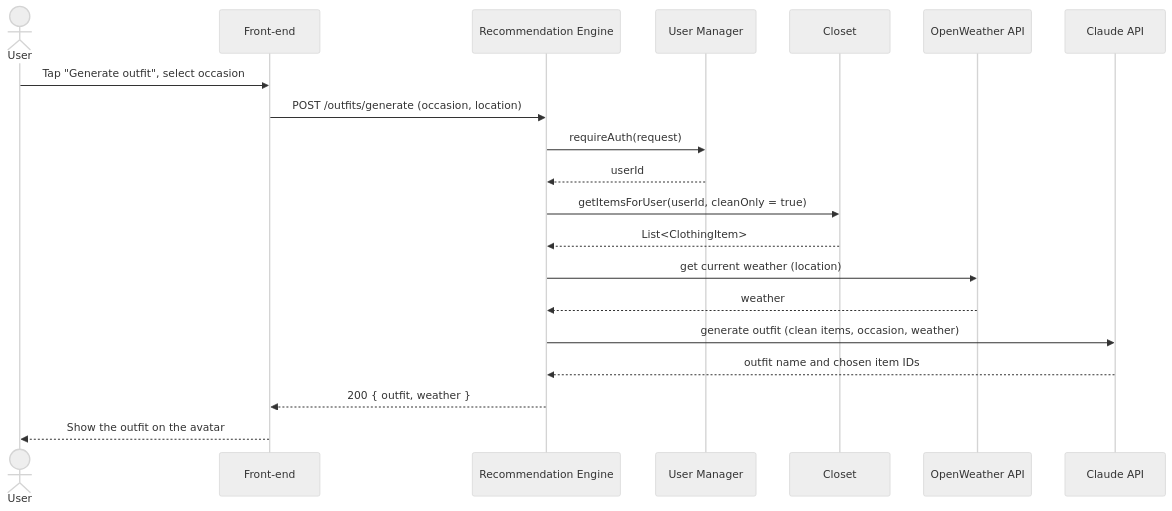
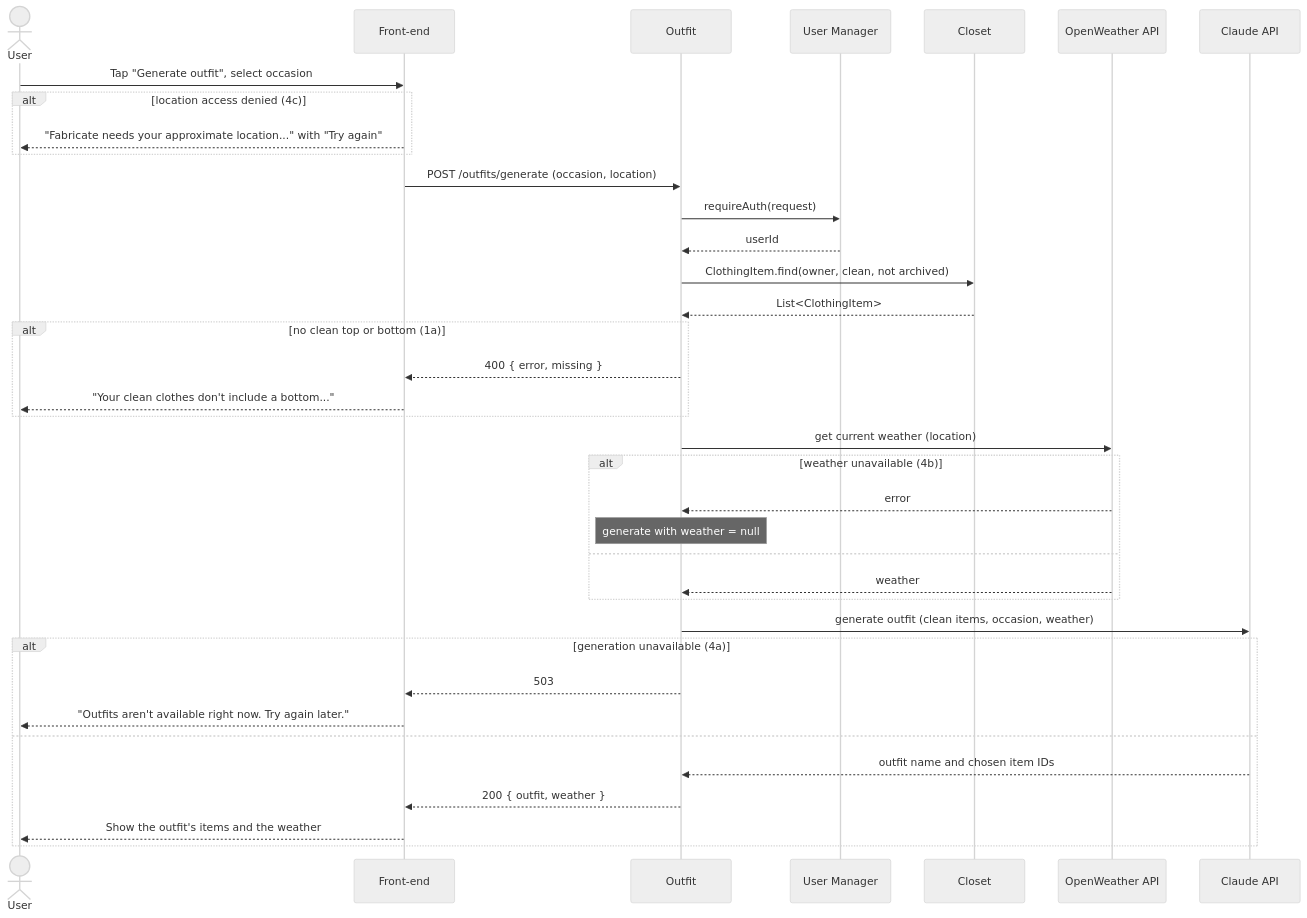
One commit to evannawfal/fabricate changed the second of 5 diagrams in documentation/Requirements_and_Design.md. Above: the diagram before and after it, drawn with Mermaid (neutral theme). The commit also changed other lines of this file, not shown here.

````diff
--- a/documentation/Requirements_and_Design.md
+++ b/documentation/Requirements_and_Design.md
@@ -404,23 +434,40 @@
 ```mermaid
 sequenceDiagram
     actor U as User
     participant FE as Front-end
-    participant OU as Recommendation Engine
+    participant OU as Outfit
     participant US as User Manager
     participant CL as Closet
     participant WE as OpenWeather API
     participant CA as Claude API
 
     U->>FE: Tap "Generate outfit", select occasion
+    alt location access denied (4c)
+        FE-->>U: "Fabricate needs your approximate location..." with "Try again"
+    end
     FE->>OU: POST /outfits/generate (occasion, location)
     OU->>US: requireAuth(request)
     US-->>OU: userId
-    OU->>CL: getItemsForUser(userId, cleanOnly = true)
+    OU->>CL: ClothingItem.find(owner, clean, not archived)
     CL-->>OU: List<ClothingItem>
+    alt no clean top or bottom (1a)
+        OU-->>FE: 400 { error, missing }
+        FE-->>U: "Your clean clothes don't include a bottom..."
+    end
     OU->>WE: get current weather (location)
-    WE-->>OU: weather
+    alt weather unavailable (4b)
+        WE-->>OU: error
+        Note over OU: generate with weather = null
+    else
+        WE-->>OU: weather
+    end
     OU->>CA: generate outfit (clean items, occasion, weather)
-    CA-->>OU: outfit name and chosen item IDs
-    OU-->>FE: 200 { outfit, weather }
-    FE-->>U: Show the outfit on the avatar
+    alt generation unavailable (4a)
+        OU-->>FE: 503
+        FE-->>U: "Outfits aren't available right now. Try again later."
+    else
+        CA-->>OU: outfit name and chosen item IDs
+        OU-->>FE: 200 { outfit, weather }
+        FE-->>U: Show the outfit's items and the weather
+    end
 ```
````
